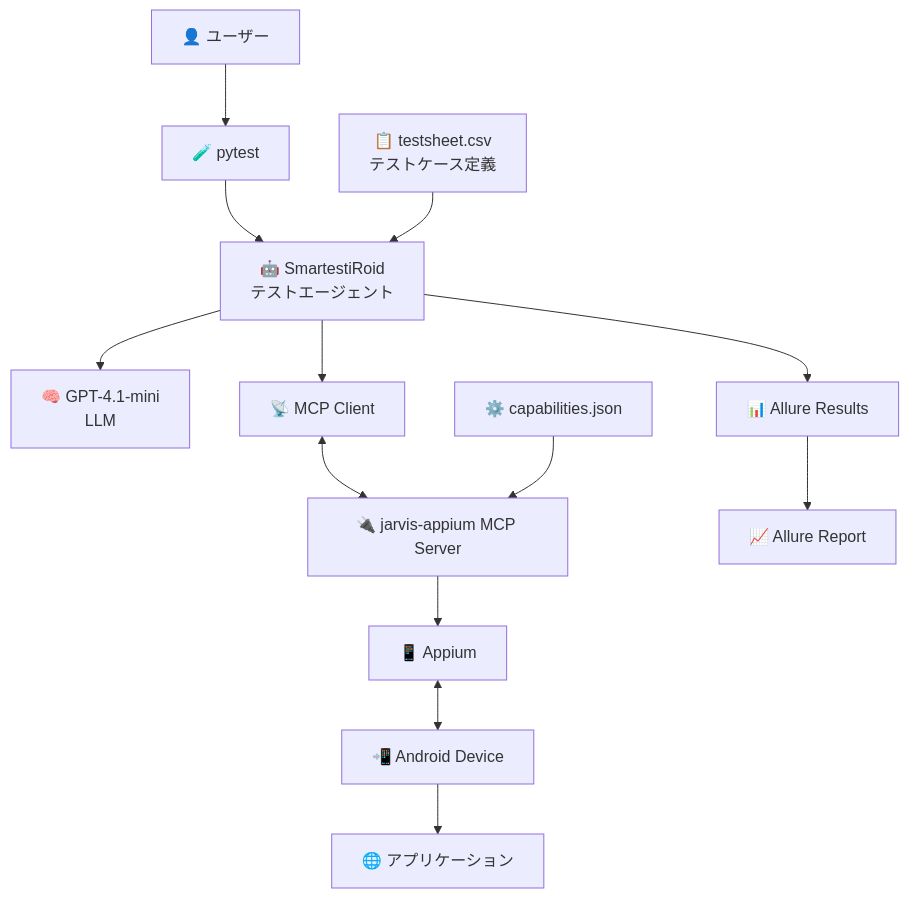
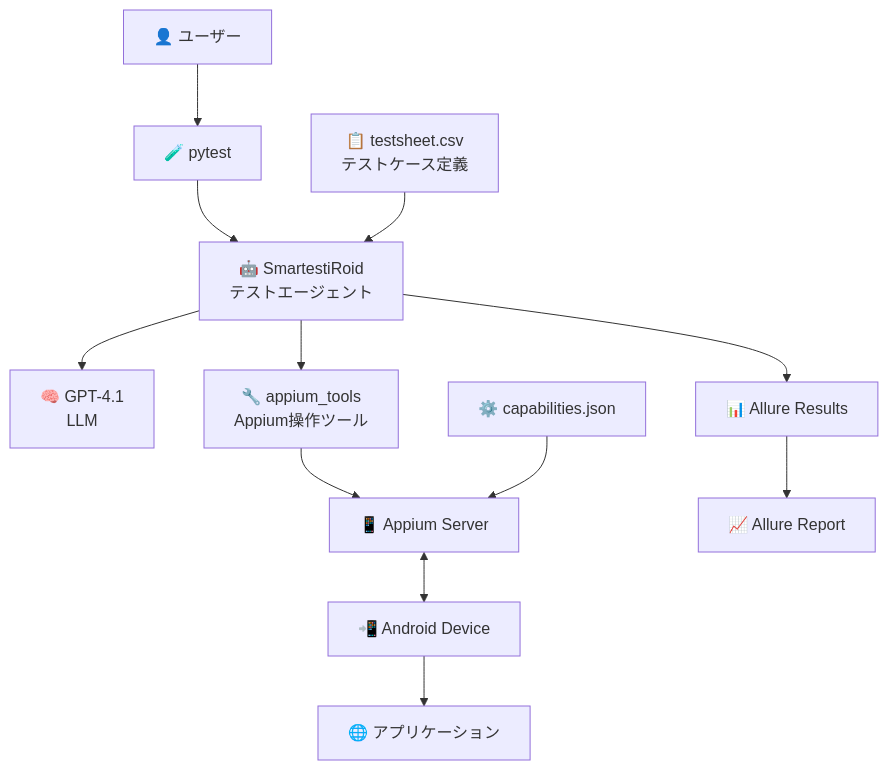
The diagram in README.md (aRaikoFunakami/smartestiroid), drawn with Mermaid before and after one commit. The commit also changed other lines of this file, not shown here.

````diff
--- a/README.md
+++ b/README.md
@@ -23,45 +22,41 @@
 ```mermaid
 graph TB
     %% ユーザー・テスト実行層
     User[👤 ユーザー]
     Pytest[🧪 pytest]
     
     %% テストデータ
     CSV[📋 testsheet.csv<br/>テストケース定義]
     
     %% メインテストシステム
     SmartestiRoid[🤖 SmartestiRoid<br/>テストエージェント]
     
     %% AI・プランニング層
-    LLM[🧠 GPT-4.1-mini<br/>LLM]
+    LLM[🧠 GPT-4.1<br/>LLM]
     
-    %% MCP通信層
-    MCPClient[📡 MCP Client]
-    MCPServer[🔌 jarvis-appium MCP Server]
-    
-    %% Android操作層
-    Appium[📱 Appium]
+    %% Appium操作層
+    AppiumTools[🔧 appium_tools<br/>Appium操作ツール]
+    Appium[📱 Appium Server]
     AndroidDevice[📲 Android Device]
-    ChromeApp[🌐 アプリケーション]
+    App[🌐 アプリケーション]
     
     %% レポート・結果出力
     Allure[📊 Allure Results]
     Report[📈 Allure Report]
     
     %% 設定ファイル
     Capabilities[⚙️ capabilities.json]
 
     %% フロー定義
     User --> Pytest
     Pytest --> SmartestiRoid
     CSV --> SmartestiRoid
     SmartestiRoid --> LLM
-    SmartestiRoid --> MCPClient
-    MCPClient <--> MCPServer
-    MCPServer --> Appium
-    Capabilities --> MCPServer
+    SmartestiRoid --> AppiumTools
+    AppiumTools --> Appium
+    Capabilities --> Appium
     Appium <--> AndroidDevice
-    AndroidDevice --> ChromeApp
+    AndroidDevice --> App
     SmartestiRoid --> Allure
     Allure --> Report
 ```
````
